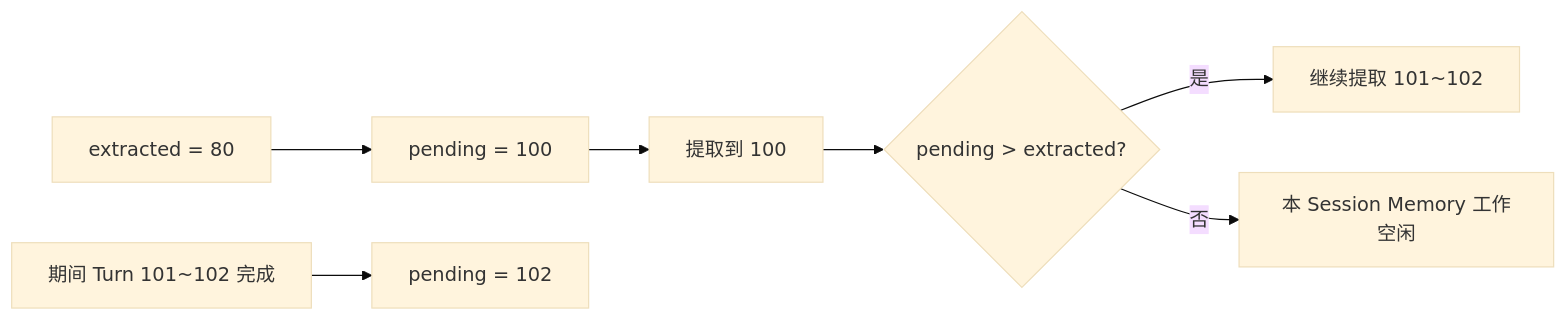
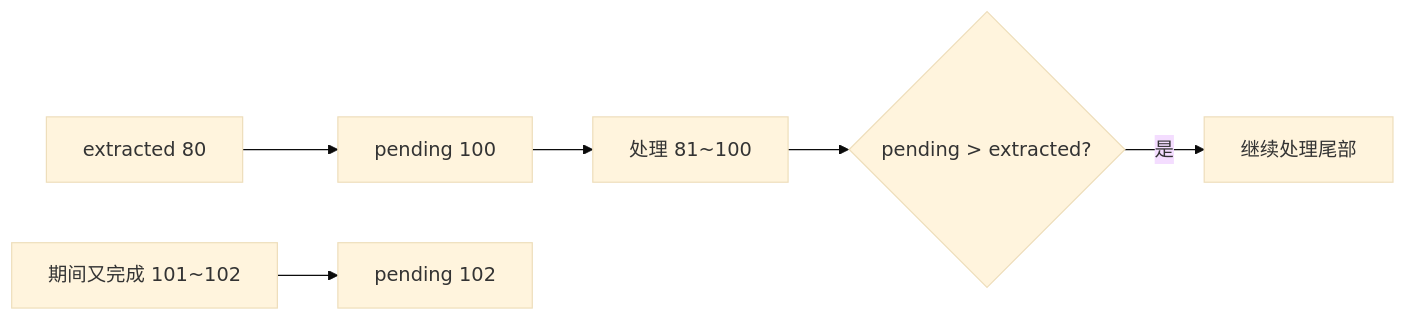
Before and after one commit to Arthur999459up/GitAgent: the fourth of 10 diagrams in docs/11-long-term-memory.md, drawn with Mermaid (base theme). The commit also changed other lines of this file and 15 other files, not shown here.

````diff
--- a/docs/11-long-term-memory.md
+++ b/docs/11-long-term-memory.md
@@ -143,9 +83,8 @@
 ```mermaid
 flowchart LR
-    A[extracted = 80] --> B[pending = 100]
-    B --> C[提取到 100]
-    D[期间 Turn 101~102 完成] --> E[pending = 102]
-    C --> F{pending > extracted?}
-    F -->|是| G[继续提取 101~102]
-    F -->|否| H[本 Session Memory 工作空闲]
+    E[extracted 80] --> P[pending 100]
+    P --> X[处理 81~100]
+    N[期间又完成 101~102] --> P2[pending 102]
+    X --> C{pending > extracted?}
+    C -->|是| T[继续处理尾部]
 ```
````
